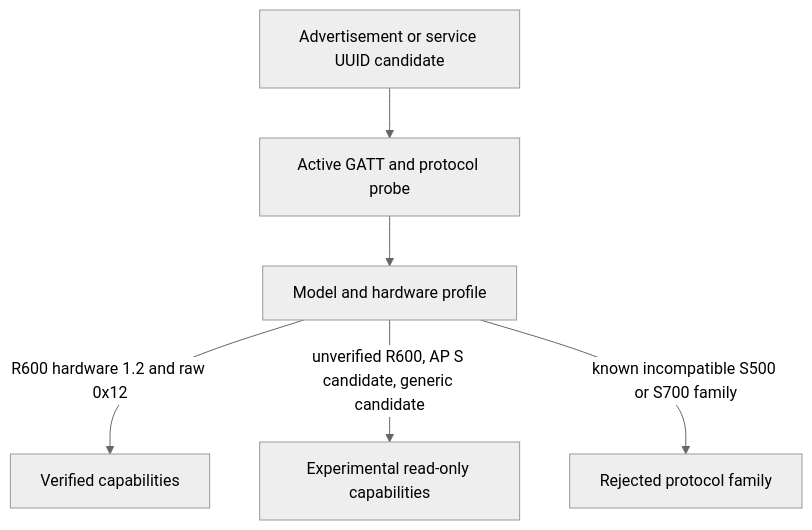
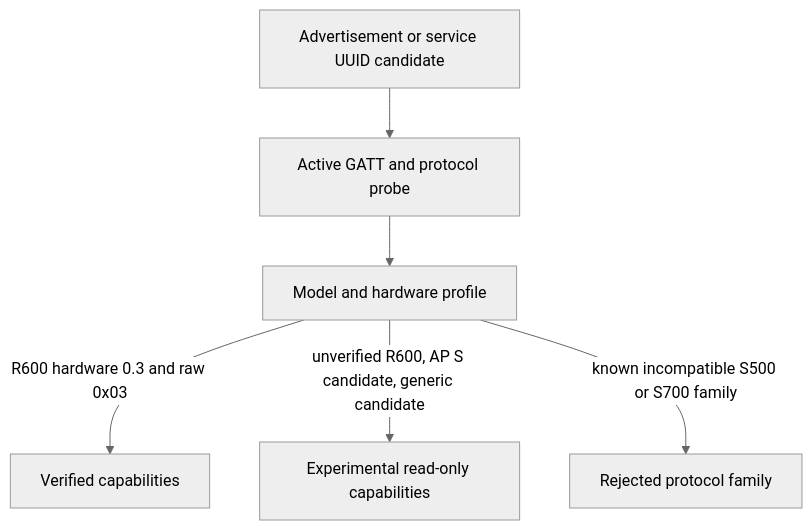
One commit to dedalodaelus/home-assistant-allpowers-ble changed the ninth of 10 diagrams in docs/architecture/system-architecture.md. Above: the diagram before and after it, drawn with Mermaid (neutral theme). The commit also changed other lines of this file and 22 other files, not shown here.

````diff
--- a/docs/architecture/system-architecture.md
+++ b/docs/architecture/system-architecture.md
@@ -325,15 +325,15 @@
 ```mermaid
 flowchart TD
     CAND[Advertisement or service UUID candidate]
     PROBE[Active GATT and protocol probe]
     PROFILE[Model and hardware profile]
     VERIFIED[Verified capabilities]
     EXP[Experimental read-only capabilities]
     REJECT[Rejected protocol family]
 
     CAND --> PROBE
     PROBE --> PROFILE
-    PROFILE -->|R600 hardware 1.2 and raw 0x12| VERIFIED
+    PROFILE -->|R600 hardware 0.3 and raw 0x03| VERIFIED
     PROFILE -->|unverified R600, AP S candidate, generic candidate| EXP
     PROFILE -->|known incompatible S500 or S700 family| REJECT
 ```
````
